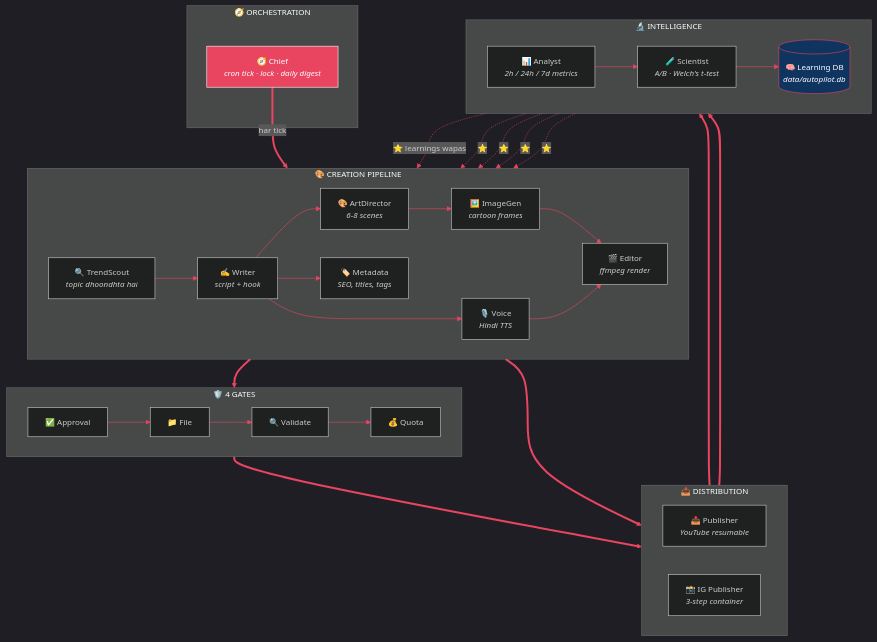
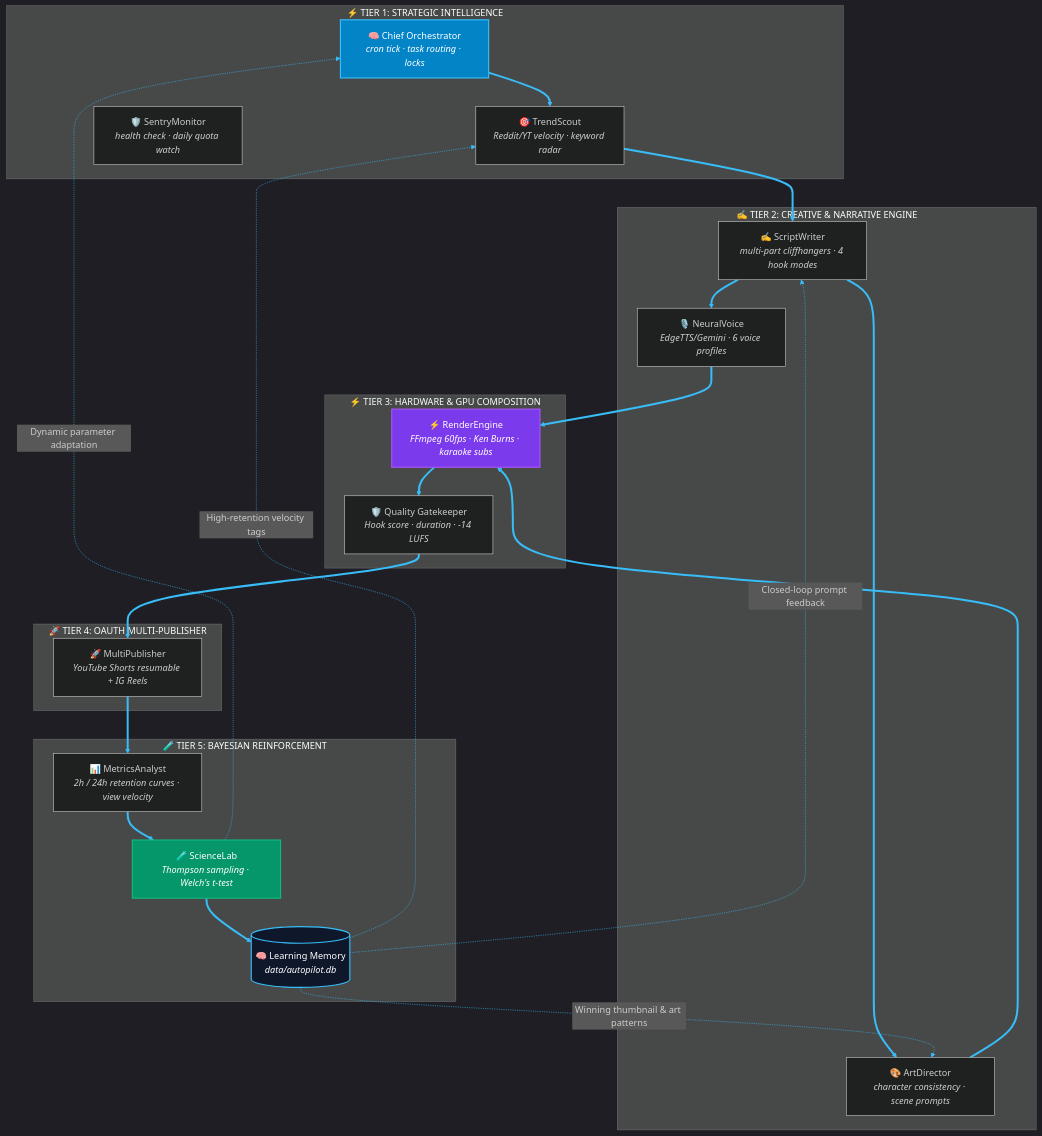
One commit to Abhay73888/autopilot changed the diagram in README.md. Above: the diagram before and after it, drawn with Mermaid. The commit also changed other lines of this file and 39 other files, not shown here.

Commit message:
feat: god-level 11-agent autonomous swarm, interactive retention & velocity graphs, Railway cloud readiness

````diff
--- a/README.md
+++ b/README.md
@@ -68,55 +49,47 @@
 ```mermaid
-%%{init: {'theme':'dark', 'themeVariables': {'primaryColor':'#1a1a2e','primaryTextColor':'#eee','lineColor':'#e94560','fontSize':'14px'}}}%%
+%%{init: {'theme':'dark', 'themeVariables': {'primaryColor':'#0F172A','primaryTextColor':'#F8FAFC','lineColor':'#38BDF8','secondaryColor':'#1E293B','tertiaryColor':'#070B12'}}}%%
 flowchart TB
-    subgraph BRAIN["🧭 ORCHESTRATION"]
-        CHIEF["🧭 Chief<br/><i>cron tick · lock · daily digest</i>"]
+    subgraph S_CORE["⚡ TIER 1: STRATEGIC INTELLIGENCE"]
+        CHIEF["🧠 Chief Orchestrator<br/><i>cron tick · task routing · locks</i>"]
+        TREND["🎯 TrendScout<br/><i>Reddit/YT velocity · keyword radar</i>"]
+        SENTRY["🛡️ SentryMonitor<br/><i>health check · daily quota watch</i>"]
     end
 
-    subgraph CREATE["🎨 CREATION PIPELINE"]
-        direction LR
-        TS["🔍 TrendScout<br/><i>topic dhoondhta hai</i>"]
-        WR["✍️ Writer<br/><i>script + hook</i>"]
-        MD["🏷️ Metadata<br/><i>SEO, titles, tags</i>"]
-        AD["🎨 ArtDirector<br/><i>6-8 scenes</i>"]
-        IG["🖼️ ImageGen<br/><i>cartoon frames</i>"]
-        VO["🎙️ Voice<br/><i>Hindi TTS</i>"]
-        ED["🎬 Editor<br/><i>ffmpeg render</i>"]
-        TS --> WR --> AD --> IG --> ED
-        WR --> MD
-        WR --> VO --> ED
+    subgraph S_CREATIVE["✍️ TIER 2: CREATIVE & NARRATIVE ENGINE"]
+        WRITER["✍️ ScriptWriter<br/><i>multi-part cliffhangers · 4 hook modes</i>"]
+        VOICE["🎙️ NeuralVoice<br/><i>EdgeTTS/Gemini · 6 voice profiles</i>"]
+        ART["🎨 ArtDirector<br/><i>character consistency · scene prompts</i>"]
     end
 
-    subgraph GATE["🛡️ 4 GATES"]
-        direction LR
-        G1["✅ Approval"] --> G2["📁 File"] --> G3["🔍 Validate"] --> G4["💰 Quota"]
+    subgraph S_PRODUCTION["⚡ TIER 3: HARDWARE & GPU COMPOSITION"]
+        RENDER["⚡ RenderEngine<br/><i>FFmpeg 60fps · Ken Burns · karaoke subs</i>"]
+        GATE["🛡️ Quality Gatekeeper<br/><i>Hook score · duration · -14 LUFS</i>"]
     end
 
-    subgraph PUBLISH["📤 DISTRIBUTION"]
-        direction LR
-        PUB["📤 Publisher<br/><i>YouTube resumable</i>"]
-        IGP["📸 IG Publisher<br/><i>3-step container</i>"]
+    subgraph S_DISTRIBUTION["🚀 TIER 4: OAUTH MULTI-PUBLISHER"]
+        PUB["🚀 MultiPublisher<br/><i>YouTube Shorts resumable + IG Reels</i>"]
     end
 
-    subgraph LEARN["🔬 INTELLIGENCE"]
-        direction LR
-        AN["📊 Analyst<br/><i>2h / 24h / 7d metrics</i>"]
-        SC["🧪 Scientist<br/><i>A/B · Welch's t-test</i>"]
-        DB[("🧠 Learning DB<br/><i>data/autopilot.db</i>")]
-        AN --> SC --> DB
+    subgraph S_FEEDBACK["🧪 TIER 5: BAYESIAN REINFORCEMENT"]
+        ANALYST["📊 MetricsAnalyst<br/><i>2h / 24h retention curves · view velocity</i>"]
+        SCIENCE["🧪 ScienceLab<br/><i>Thompson sampling · Welch's t-test</i>"]
+        DB[("🧠 Learning Memory<br/><i>data/autopilot.db</i>")]
     end
 
-    CHIEF ==>|"har tick"| CREATE
-    ED ==> GATE
-    MD ==> PUBLISH
-    G4 ==> PUBLISH
-    PUB ==> AN
-    IGP ==> AN
-    DB -.->|"⭐ learnings wapas"| WR
-    DB -.->|"⭐"| VO
-    DB -.->|"⭐"| AD
-    DB -.->|"⭐"| TS
-    DB -.->|"⭐"| MD
+    %% Pipeline Flow
+    CHIEF ==> TREND ==> WRITER
+    WRITER ==> VOICE & ART ==> RENDER
+    RENDER ==> GATE ==> PUB
+    PUB ==> ANALYST ==> SCIENCE ==> DB
 
-    style CHIEF fill:#e94560,stroke:#fff,color:#fff
-    style DB fill:#0f3460,stroke:#e94560,color:#fff
+    %% Closed-Loop Reinforcement Conduits
+    DB -.->|"Closed-loop prompt feedback"| WRITER
+    DB -.->|"Winning thumbnail & art patterns"| ART
+    DB -.->|"High-retention velocity tags"| TREND
+    SCIENCE -.->|"Dynamic parameter adaptation"| CHIEF
+
+    style CHIEF fill:#0284C7,stroke:#38BDF8,stroke-width:2px,color:#fff
+    style RENDER fill:#7C3AED,stroke:#A855F7,stroke-width:2px,color:#fff
+    style SCIENCE fill:#059669,stroke:#10B981,stroke-width:2px,color:#fff
+    style DB fill:#0F172A,stroke:#38BDF8,stroke-width:2px,color:#fff
 ```
````
